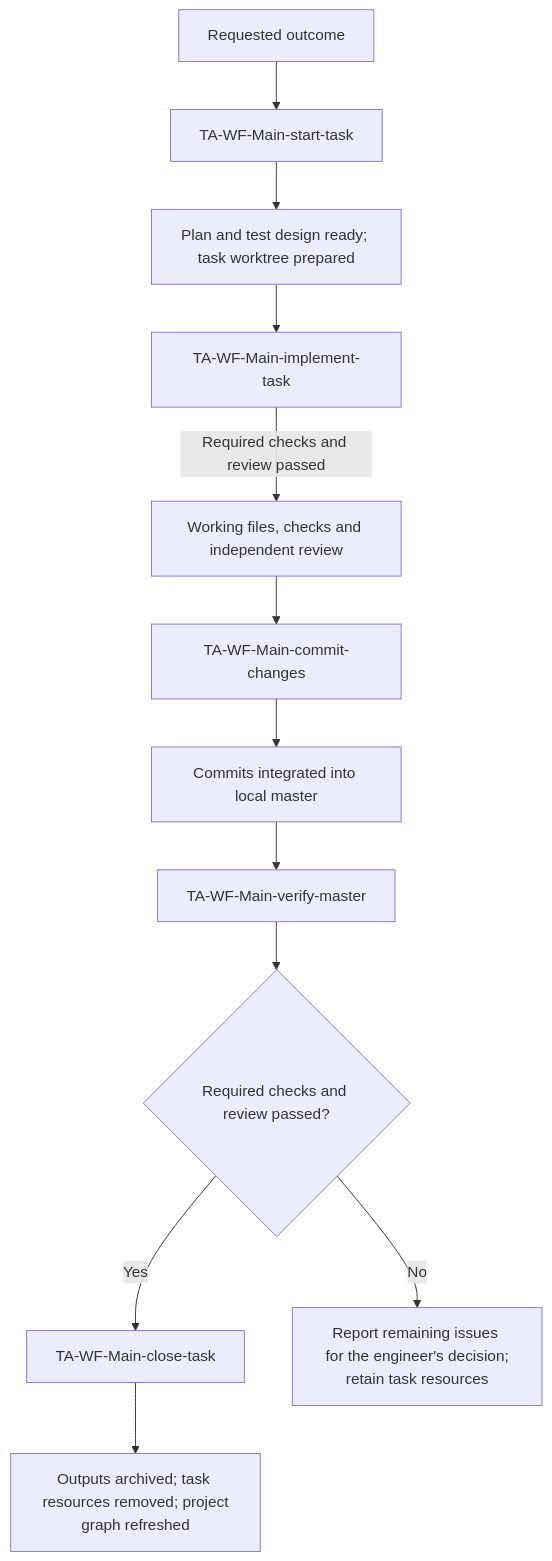
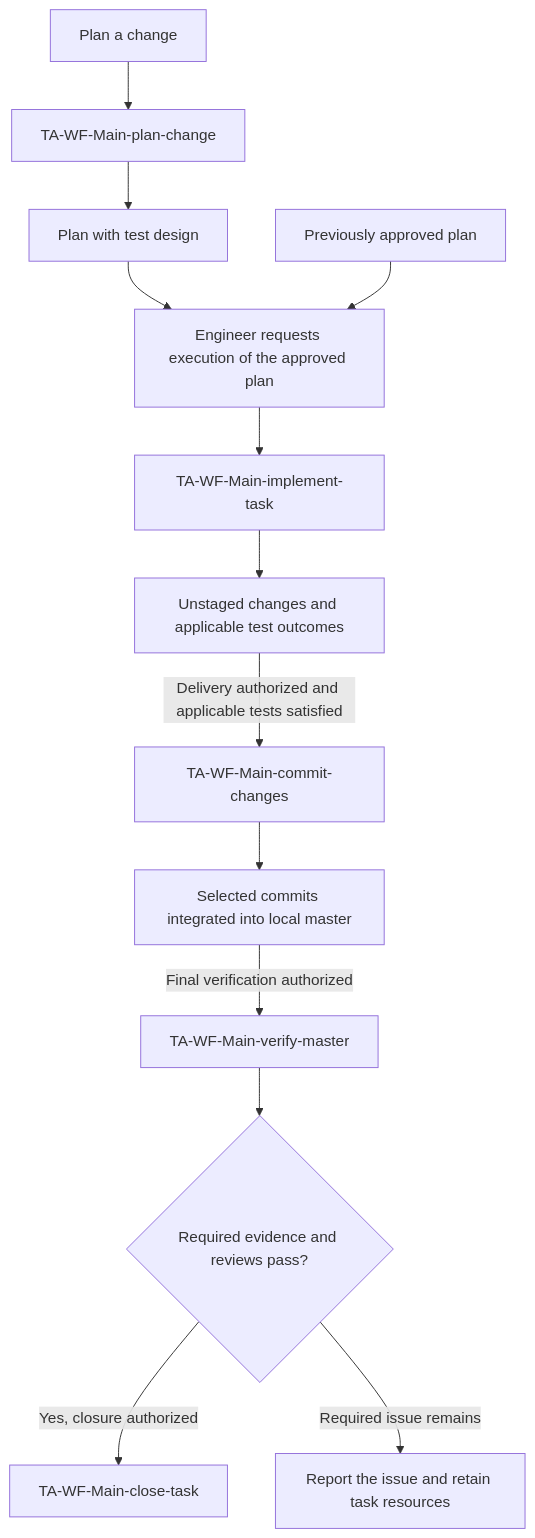
One commit to tomek-anuszkiewicz/amiga-studio changed the first of 6 diagrams in .agents/skills/README.md. Above: the diagram before and after it, drawn with Mermaid. The commit also changed other lines of this file and 30 other files, not shown here.

First line of the commit message:
docs(workflow): separate implementation from final verification

````diff
--- a/.agents/skills/README.md
+++ b/.agents/skills/README.md
@@ -18,14 +23,15 @@
 ```mermaid
 flowchart TD
-    Request["Requested outcome"] --> Start["TA-WF-Main-start-task"]
-    Start --> Prepared["Plan and test design ready; task worktree prepared"]
-    Prepared --> Implement["TA-WF-Main-implement-task"]
-    Implement -->|Required checks and review passed| Working["Working files, checks and independent review"]
-    Working --> Commit["TA-WF-Main-commit-changes"]
-    Commit --> Integrated["Commits integrated into local master"]
-    Integrated --> Verify["TA-WF-Main-verify-master"]
-    Verify --> Passed{"Required checks and review passed?"}
-    Passed -->|Yes| Close["TA-WF-Main-close-task"]
-    Close --> Done["Outputs archived; task resources removed; project<br/>graph refreshed"]
-    Passed -->|No| Decision["Report remaining issues for the engineer's decision;<br/>retain task resources"]
+    Request["Plan a change"] --> Plan["TA-WF-Main-plan-change"]
+    Plan --> Ready["Plan with test design"]
+    Ready --> Execute["Engineer requests execution of the approved plan"]
+    Existing["Previously approved plan"] --> Execute
+    Execute --> Implement["TA-WF-Main-implement-task"]
+    Implement --> Result["Unstaged changes and applicable test outcomes"]
+    Result -->|Delivery authorized and applicable tests satisfied| Commit["TA-WF-Main-commit-changes"]
+    Commit --> Integrated["Selected commits integrated into local master"]
+    Integrated -->|Final verification authorized| Verify["TA-WF-Main-verify-master"]
+    Verify --> Passed{"Required evidence and reviews pass?"}
+    Passed -->|Yes, closure authorized| Close["TA-WF-Main-close-task"]
+    Passed -->|Required issue remains| Decision["Report the issue and retain task resources"]
 ```
````
